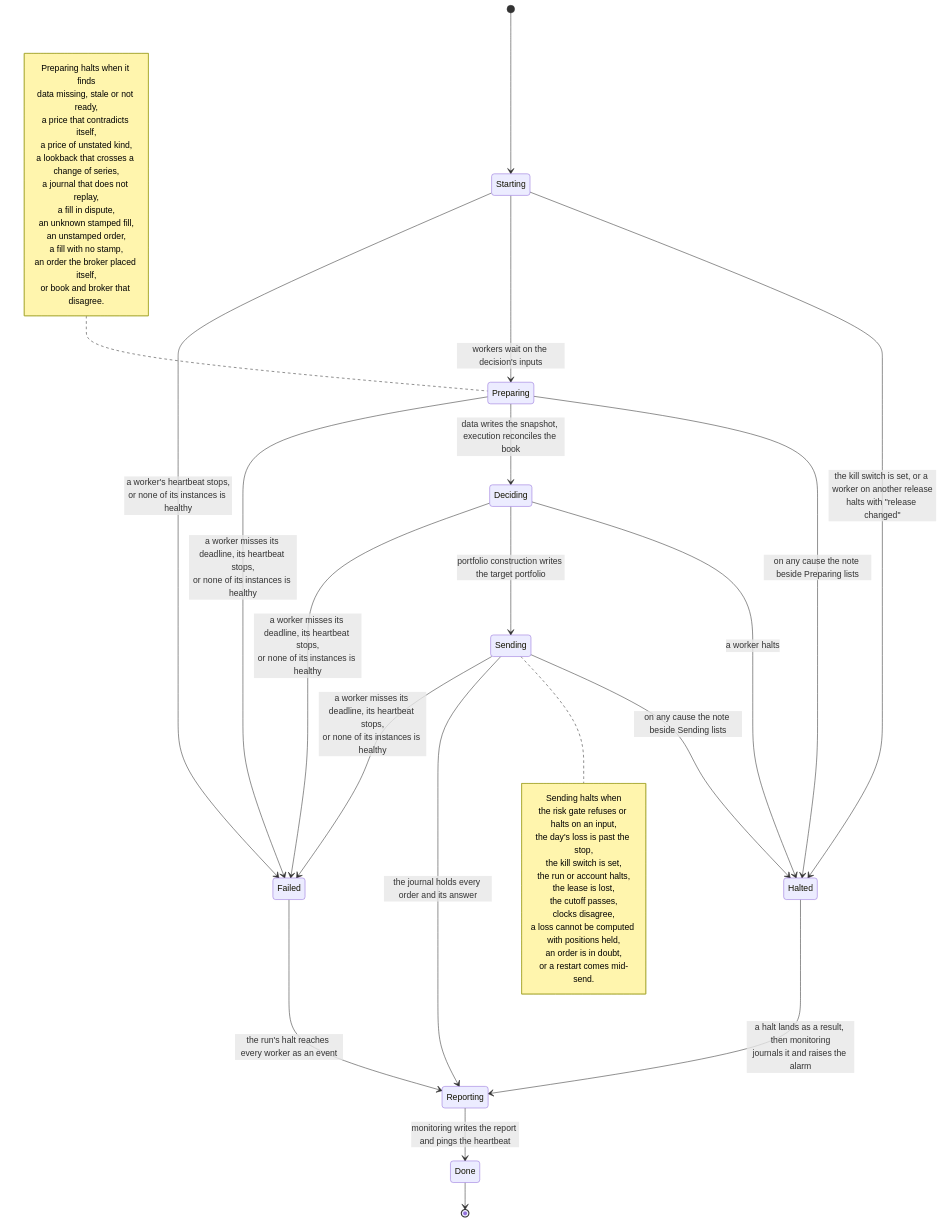
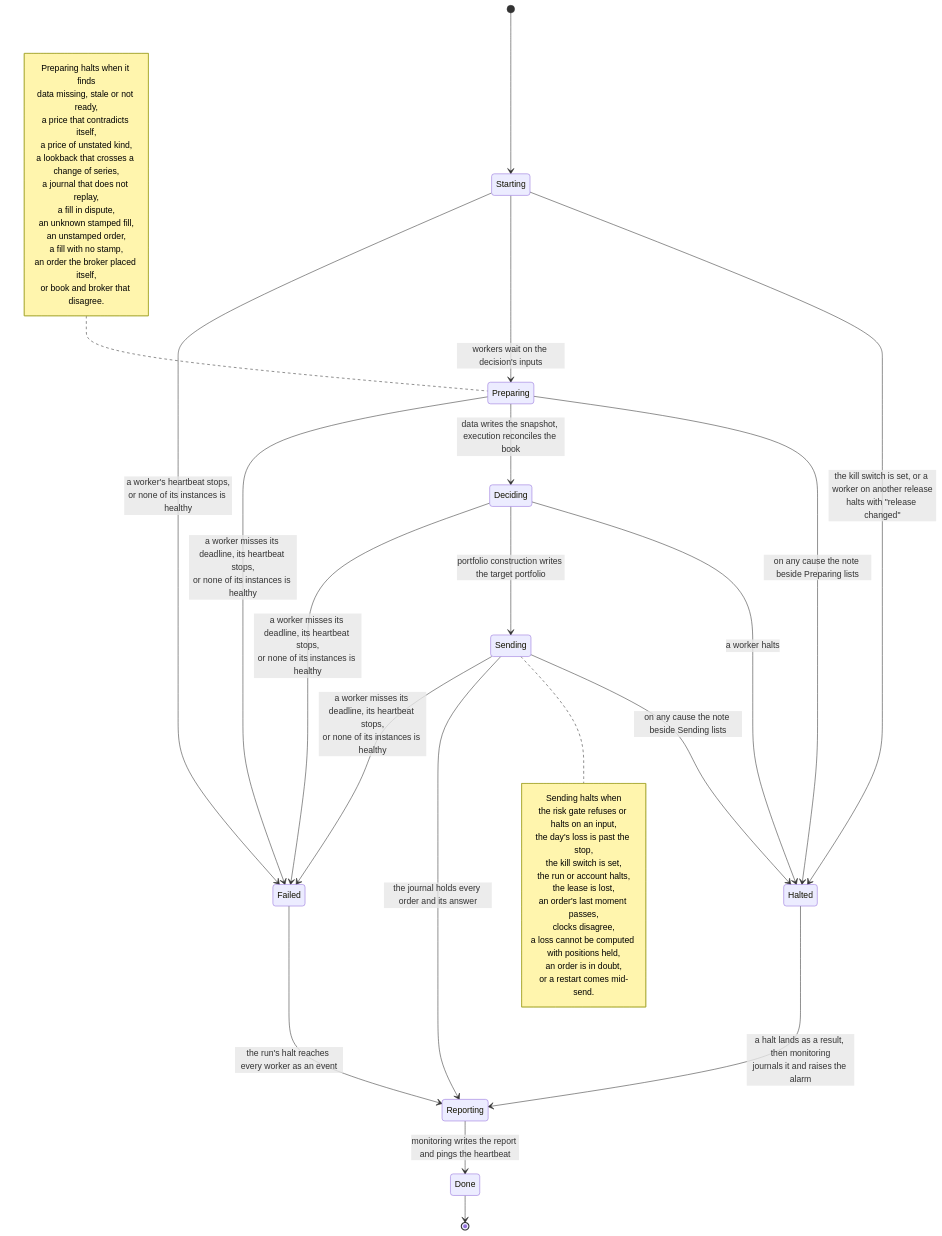
Before and after one commit to l3a0/ithildin-runtime: diagram 18 of 18 in docs/architecture/06-runtime.md, drawn with Mermaid. The commit also changed other lines of this file and 11 other files, not shown here.

````diff
--- a/docs/architecture/06-runtime.md
+++ b/docs/architecture/06-runtime.md
@@ -1207,47 +1207,47 @@
 ```mermaid
 stateDiagram-v2
     [*] --> Starting
     Starting --> Halted: the kill switch is set, or a worker on another release<br/>halts with "release changed"
     Starting --> Preparing: workers wait on the decision's inputs
     Preparing --> Halted: on any cause the note beside Preparing lists
     note left of Preparing
         Preparing halts when it finds
         data missing, stale or not ready,
         a price that contradicts itself,
         a price of unstated kind,
         a lookback that crosses a change of series,
         a journal that does not replay,
         a fill in dispute,
         an unknown stamped fill,
         an unstamped order,
         a fill with no stamp,
         an order the broker placed itself,
         or book and broker that disagree.
     end note
     Preparing --> Deciding: data writes the snapshot, execution reconciles the book
     Deciding --> Halted: a worker halts
     Deciding --> Sending: portfolio construction writes the target portfolio
     Sending --> Halted: on any cause the note beside Sending lists
     note right of Sending
         Sending halts when
         the risk gate refuses or halts on an input,
         the day's loss is past the stop,
         the kill switch is set,
         the run or account halts,
         the lease is lost,
-        the cutoff passes,
+        an order's last moment passes,
         clocks disagree,
         a loss cannot be computed with positions held,
         an order is in doubt,
         or a restart comes mid-send.
     end note
     Sending --> Reporting: the journal holds every order and its answer
     Halted --> Reporting: a halt lands as a result, then monitoring<br/>journals it and raises the alarm
     Reporting --> Done: monitoring writes the report and pings the heartbeat
     Done --> [*]
     Starting --> Failed: a worker's heartbeat stops,<br/>or none of its instances is healthy
     Preparing --> Failed: a worker misses its deadline, its heartbeat stops,<br/>or none of its instances is healthy
     Deciding --> Failed: a worker misses its deadline, its heartbeat stops,<br/>or none of its instances is healthy
     Sending --> Failed: a worker misses its deadline, its heartbeat stops,<br/>or none of its instances is healthy
     Failed --> Reporting: the run's halt reaches every worker as an event
 ```
````
